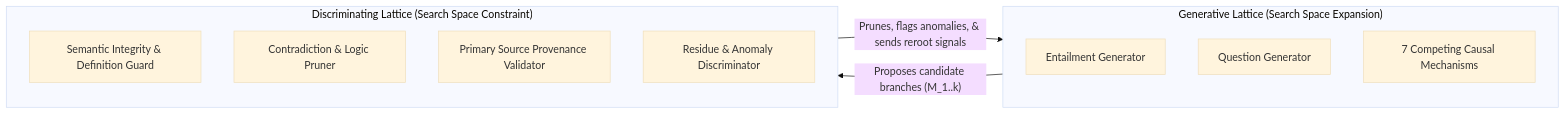
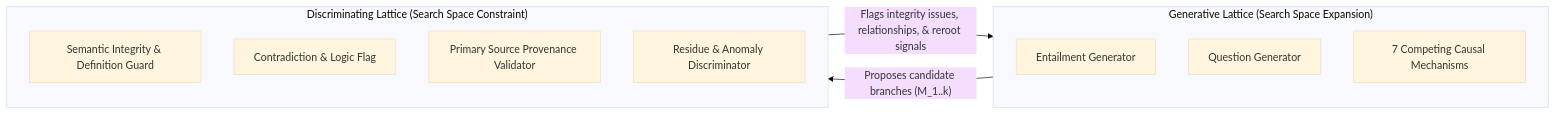
One commit to Fractal-Deployment/twinglass-pack changed the second of 3 diagrams in PRESUPPOSITIONAL_RAG.md. Above: the diagram before and after it, drawn with Mermaid (base theme). The commit also changed other lines of this file and 9 other files, not shown here.

````diff
--- a/PRESUPPOSITIONAL_RAG.md
+++ b/PRESUPPOSITIONAL_RAG.md
@@ -71,18 +71,18 @@
 ```mermaid
 flowchart LR
     subgraph LG ["Generative Lattice (Search Space Expansion)"]
         E["Entailment Generator"]
         Q["Question Generator"]
         M["7 Competing Causal Mechanisms"]
     end
 
     subgraph LD ["Discriminating Lattice (Search Space Constraint)"]
         SI["Semantic Integrity & Definition Guard"]
-        PRUNE["Contradiction & Logic Pruner"]
+        PRUNE["Contradiction & Logic Flag"]
         PROV["Primary Source Provenance Validator"]
         ANOM["Residue & Anomaly Discriminator"]
     end
 
     LG -->|"Proposes candidate branches (M_1..k)"| LD
-    LD -->|"Prunes, flags anomalies, & sends reroot signals"| LG
+    LD -->|"Flags integrity issues, relationships, & reroot signals"| LG
 ```
````
